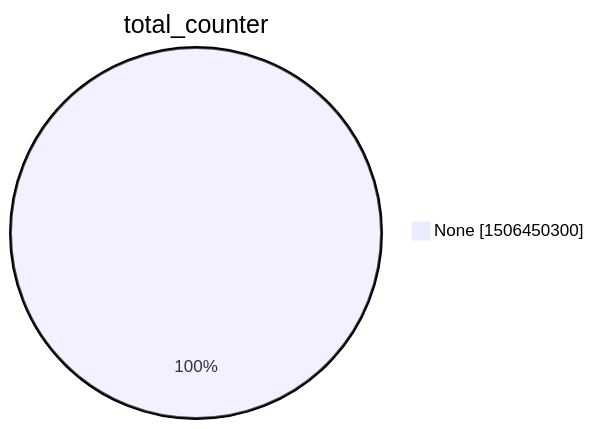
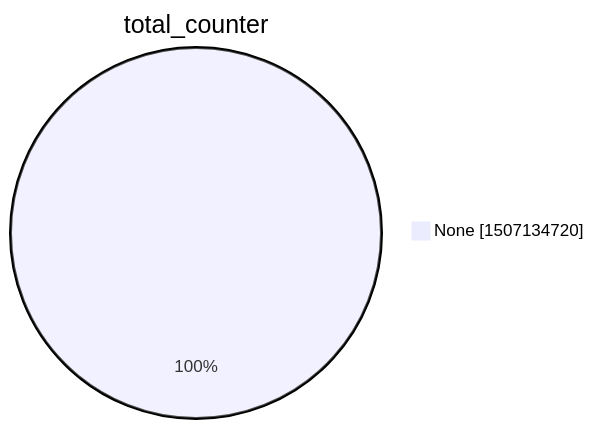
Before and after one commit to christiankrug/ctmonitor_visualization: the second of 15 diagrams in argon2022/README.md, drawn with Mermaid. The commit also changed other lines of this file, not shown here.

````diff
--- a/argon2022/README.md
+++ b/argon2022/README.md
@@ -9,5 +9,5 @@
 ```mermaid
 pie showData
 title total_counter
-"None" :1506450300
+"None" :1507134720
 ```
````
